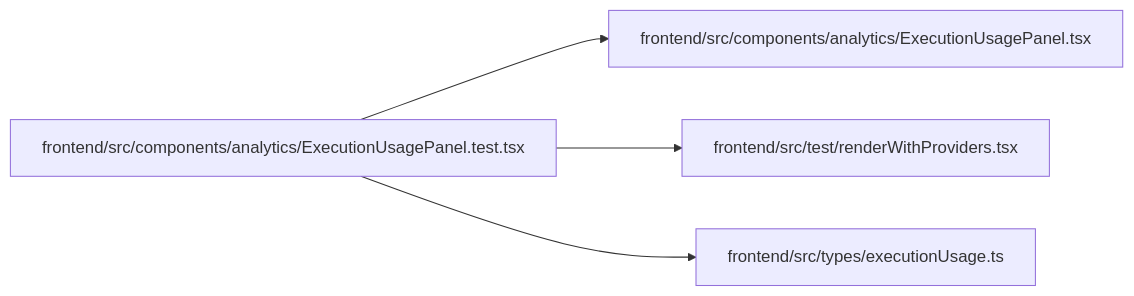
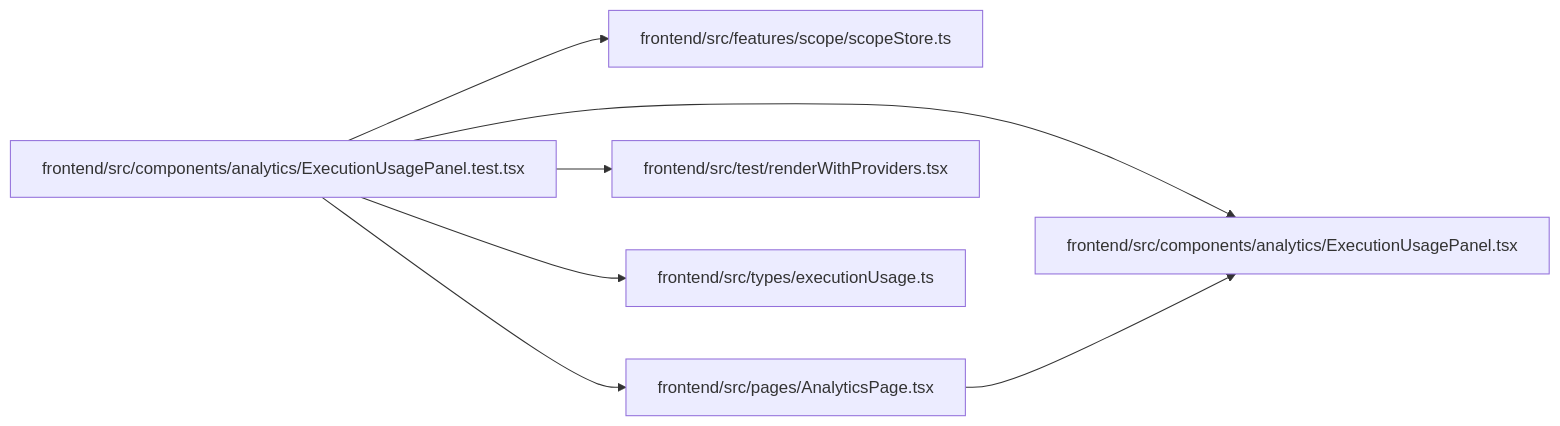
The diagram in docs/llm_wiki/modules/ExecutionUsagePanel.test.md (Denissvgn/WorkChord), drawn with Mermaid before and after one commit. The commit also changed other lines of this file and 2373 other files, not shown here.

````diff
--- a/docs/llm_wiki/modules/ExecutionUsagePanel.test.md
+++ b/docs/llm_wiki/modules/ExecutionUsagePanel.test.md
@@ -31,14 +33,21 @@
 ```mermaid
 flowchart LR
     n0["frontend/src/components/analytics/ExecutionUsagePanel.test.tsx"]
     n1["frontend/src/components/analytics/ExecutionUsagePanel.tsx"]
-    n2["frontend/src/test/renderWithProviders.tsx"]
-    n3["frontend/src/types/executionUsage.ts"]
+    n2["frontend/src/features/scope/scopeStore.ts"]
+    n3["frontend/src/pages/AnalyticsPage.tsx"]
+    n4["frontend/src/test/renderWithProviders.tsx"]
+    n5["frontend/src/types/executionUsage.ts"]
     n0 --> n1
     n0 --> n2
     n0 --> n3
+    n0 --> n4
+    n0 --> n5
+    n3 --> n1
     click n0 "../modules/ExecutionUsagePanel.test.md"
     click n1 "../modules/ExecutionUsagePanel.md"
-    click n2 "../modules/renderWithProviders.md"
-    click n3 "../modules/executionUsage.md"
+    click n2 "../modules/scopeStore.md"
+    click n3 "../modules/AnalyticsPage.md"
+    click n4 "../modules/renderWithProviders.md"
+    click n5 "../modules/executionUsage.md"
 ```
````
